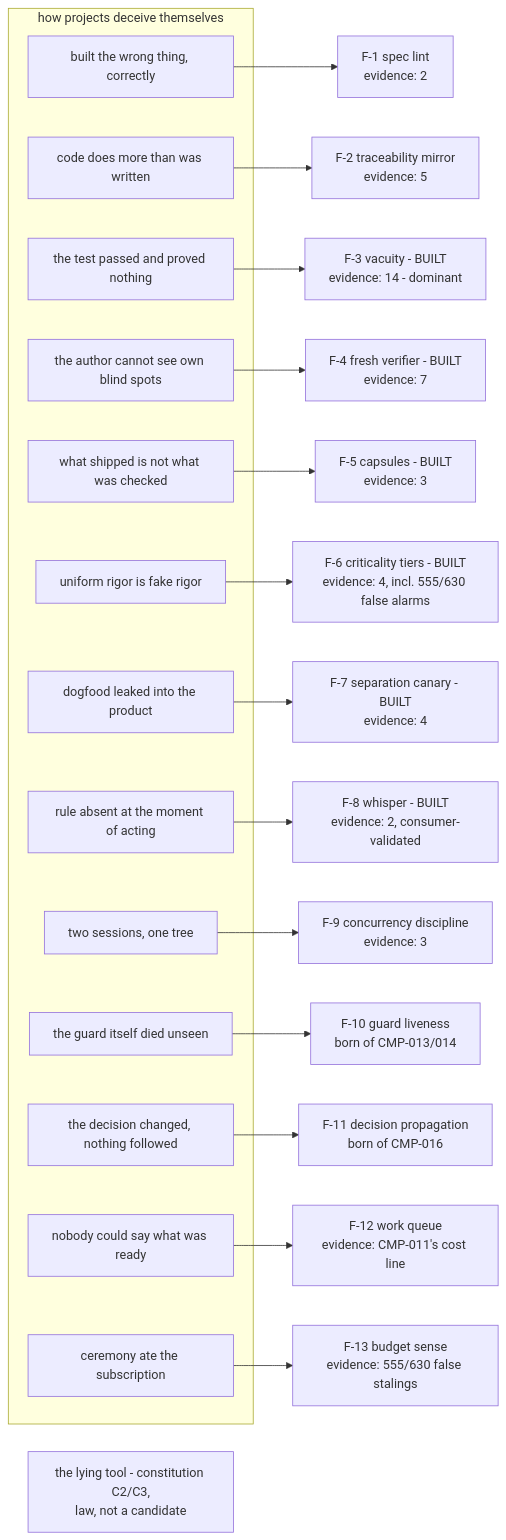
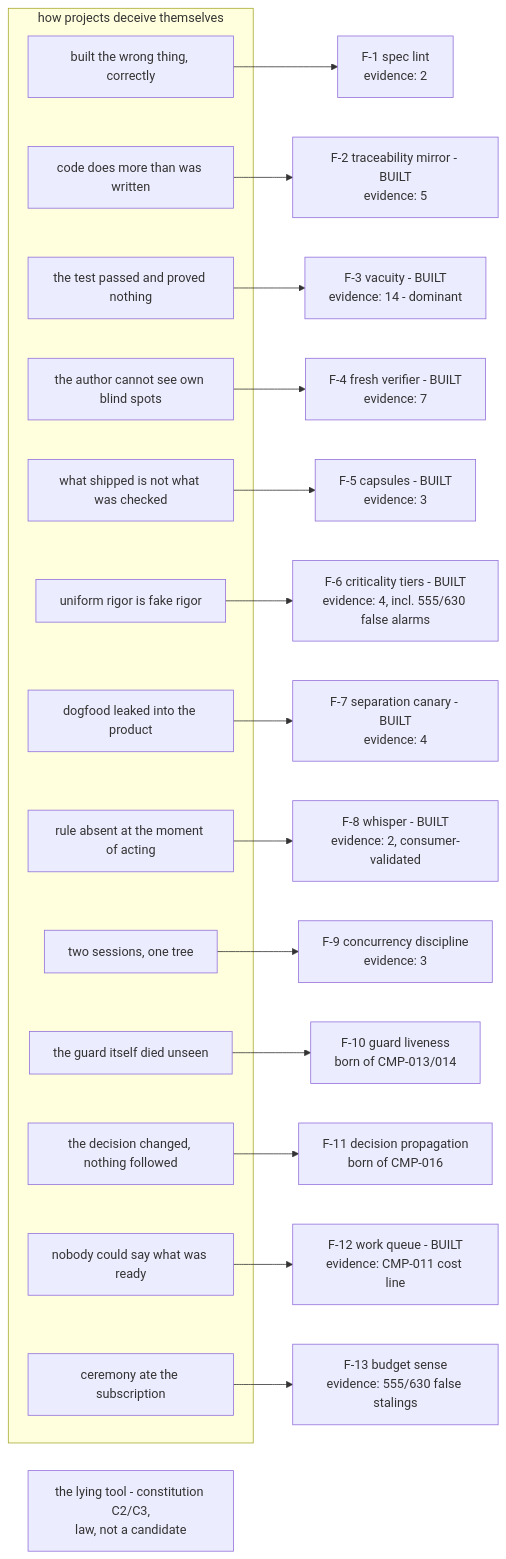
One commit to m1981/truth-ledger2 changed the fifth of 5 diagrams in docs/diagrams.md. Above: the diagram before and after it, drawn with Mermaid. The commit also changed other lines of this file, not shown here.

First line of the commit message:
Diagrams caught lying three ways; the layers picture gains its fifth genre

````diff
--- a/docs/diagrams.md
+++ b/docs/diagrams.md
@@ -112,32 +116,32 @@
 ```mermaid
 flowchart LR
     subgraph DISTRUSTS["how projects deceive themselves"]
         D1["built the wrong thing, correctly"]
         D2["code does more than was written"]
         D3["the test passed and proved nothing"]
         D4["the author cannot see own blind spots"]
         D5["what shipped is not what was checked"]
         D6["uniform rigor is fake rigor"]
         D7["dogfood leaked into the product"]
         D8["rule absent at the moment of acting"]
         D9["two sessions, one tree"]
         D10["the guard itself died unseen"]
         D11["the decision changed, nothing followed"]
         D12["nobody could say what was ready"]
         D13["ceremony ate the subscription"]
     end
     D1 --> F1["F-1 spec lint<br/>evidence: 2"]
-    D2 --> F2["F-2 traceability mirror<br/>evidence: 5"]
+    D2 --> F2["F-2 traceability mirror - BUILT<br/>evidence: 5"]
     D3 --> F3["F-3 vacuity - BUILT<br/>evidence: 14 - dominant"]
     D4 --> F4["F-4 fresh verifier - BUILT<br/>evidence: 7"]
     D5 --> F5["F-5 capsules - BUILT<br/>evidence: 3"]
     D6 --> F6["F-6 criticality tiers - BUILT<br/>evidence: 4, incl. 555/630 false alarms"]
     D7 --> F7["F-7 separation canary - BUILT<br/>evidence: 4"]
     D8 --> F8["F-8 whisper - BUILT<br/>evidence: 2, consumer-validated"]
     D9 --> F9["F-9 concurrency discipline<br/>evidence: 3"]
     D10 --> F10["F-10 guard liveness<br/>born of CMP-013/014"]
     D11 --> F11["F-11 decision propagation<br/>born of CMP-016"]
-    D12 --> F12["F-12 work queue<br/>evidence: CMP-011's cost line"]
+    D12 --> F12["F-12 work queue - BUILT<br/>evidence: CMP-011 cost line"]
     D13 --> F13["F-13 budget sense<br/>evidence: 555/630 false stalings"]
     LAW2["the lying tool - constitution C2/C3,<br/>law, not a candidate"]
 ```
````
